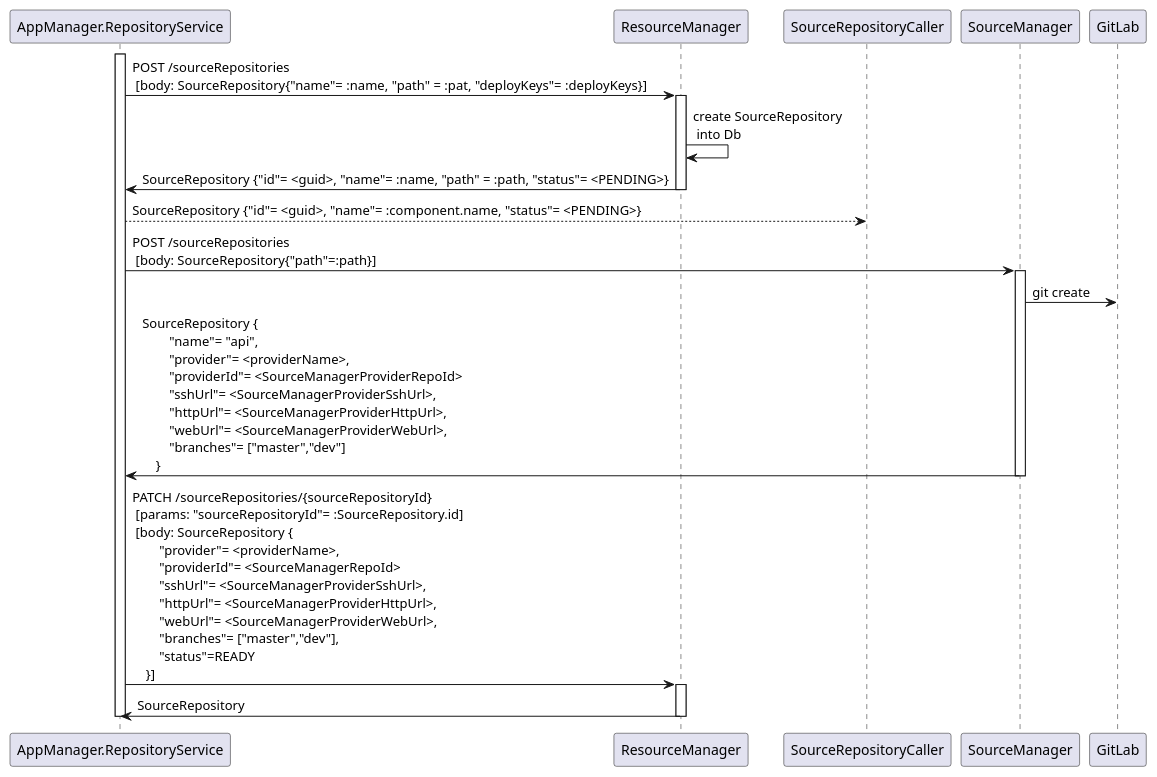
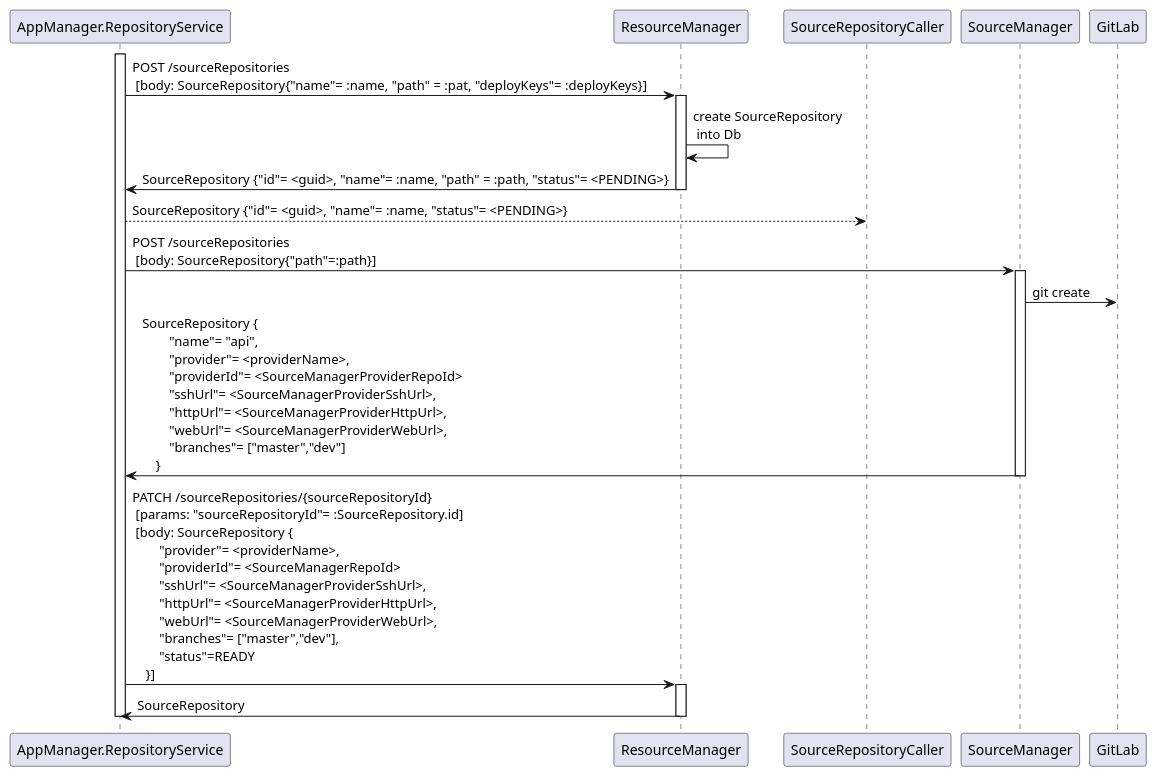
The diagram in Use cases/SourceRepository/create-sequence-from-path.puml (kathra-project/specifications), drawn with PlantUML before and after one commit. The commit also changed 18 other files, not shown here.

```diff
--- a/Use cases/SourceRepository/create-sequence-from-path.puml
+++ b/Use cases/SourceRepository/create-sequence-from-path.puml
@@ -1,37 +1,37 @@
 @startuml
 
 
 activate AppManager.RepositoryService
 
     AppManager.RepositoryService -> ResourceManager: POST /sourceRepositories \n [body: SourceRepository{"name"= :name, "path" = :pat, "deployKeys"= :deployKeys}]
 
     activate ResourceManager
         ResourceManager -> ResourceManager: create SourceRepository \n into Db
         ResourceManager -> AppManager.RepositoryService: SourceRepository {"id"= <guid>, "name"= :name, "path" = :path, "status"= <PENDING>}
     deactivate ResourceManager
 
 
-    AppManager.RepositoryService --> "SourceRepositoryCaller" : SourceRepository {"id"= <guid>, "name"= :component.name, "status"= <PENDING>}
+    AppManager.RepositoryService --> "SourceRepositoryCaller" : SourceRepository {"id"= <guid>, "name"= :name, "status"= <PENDING>}
 
     AppManager.RepositoryService -> SourceManager: POST /sourceRepositories \n [body: SourceRepository{"path"=:path}]
 
     activate SourceManager
         SourceManager -> GitLab: git create
         SourceManager -> AppManager.RepositoryService: SourceRepository { \n\
     \t"name"= "api", \n\t"provider"= <providerName>,\n\t"providerId"= <SourceManagerProviderRepoId>\n\
     \t"sshUrl"= <SourceManagerProviderSshUrl>, \n\t"httpUrl"= <SourceManagerProviderHttpUrl>, \n\t"webUrl"= <SourceManagerProviderWebUrl>, \n\t"branches"= ["master","dev"] \n\
     }
 
     deactivate SourceManager
 
     AppManager.RepositoryService -> ResourceManager: PATCH /sourceRepositories/{sourceRepositoryId} \n [params: "sourceRepositoryId"= :SourceRepository.id] \n [body: SourceRepository { \n\t"provider"= <providerName>,\n\t"providerId"= <SourceManagerRepoId>\n\
     \t"sshUrl"= <SourceManagerProviderSshUrl>, \n\t"httpUrl"= <SourceManagerProviderHttpUrl>, \n\t"webUrl"= <SourceManagerProviderWebUrl>, \n\t"branches"= ["master","dev"], \n\t"status"=READY \n\
     }]
 
     activate ResourceManager
     ResourceManager -> AppManager.RepositoryService: SourceRepository
     deactivate ResourceManager
 
 deactivate AppManager.RepositoryService
 
 @enduml
```
